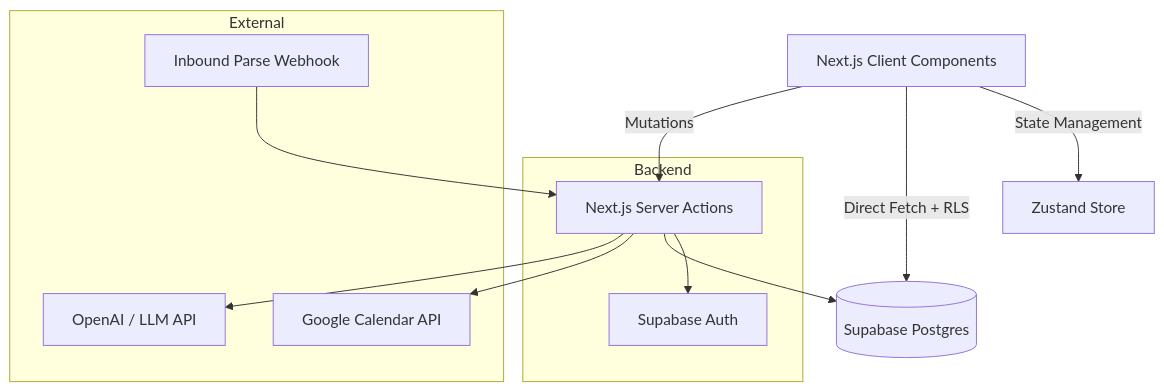
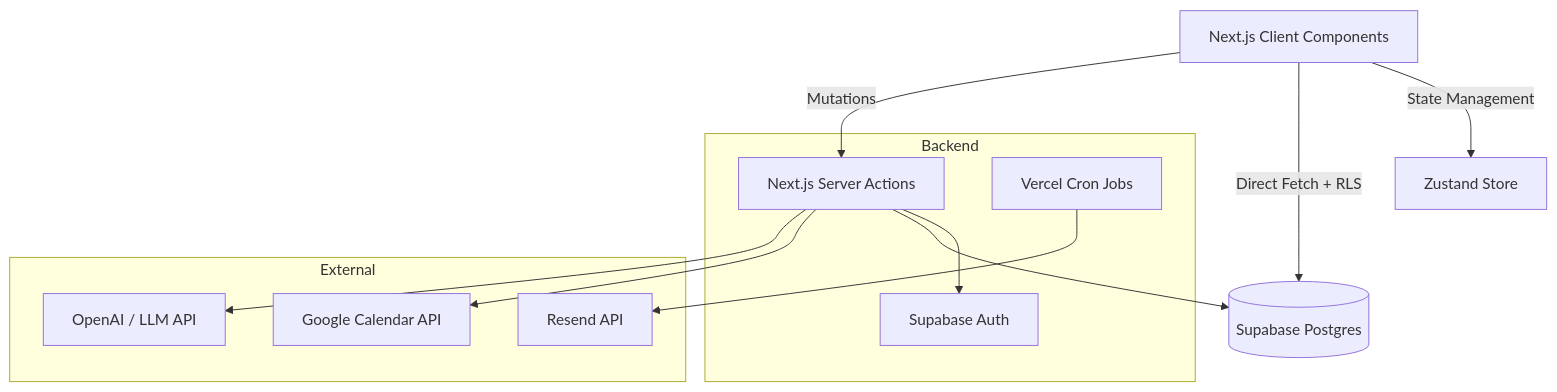
The diagram in README.md (PRODHOSH/vector), drawn with Mermaid before and after one commit. The commit also changed other lines of this file, not shown here.

Commit message:
docs: update README with minimalist philosophy, future scope, and architecture changes

````diff
--- a/README.md
+++ b/README.md
@@ -92,24 +106,25 @@
 ```mermaid
 graph TD
     Client[Next.js Client Components] -->|State Management| Zustand[Zustand Store]
     
     subgraph Backend
         ServerActions[Next.js Server Actions]
         Auth[Supabase Auth]
+        Cron[Vercel Cron Jobs]
     end
     
     subgraph External
         Google[Google Calendar API]
-        Email[Inbound Parse Webhook]
+        Email[Resend API]
         AI[OpenAI / LLM API]
     end
     
     Client -->|Direct Fetch + RLS| SupabaseDB[(Supabase Postgres)]
     Client -->|Mutations| ServerActions
     
     ServerActions --> Auth
     ServerActions --> SupabaseDB
     ServerActions --> Google
-    Email --> ServerActions
+    Cron --> Email
     ServerActions --> AI
 ```
````
